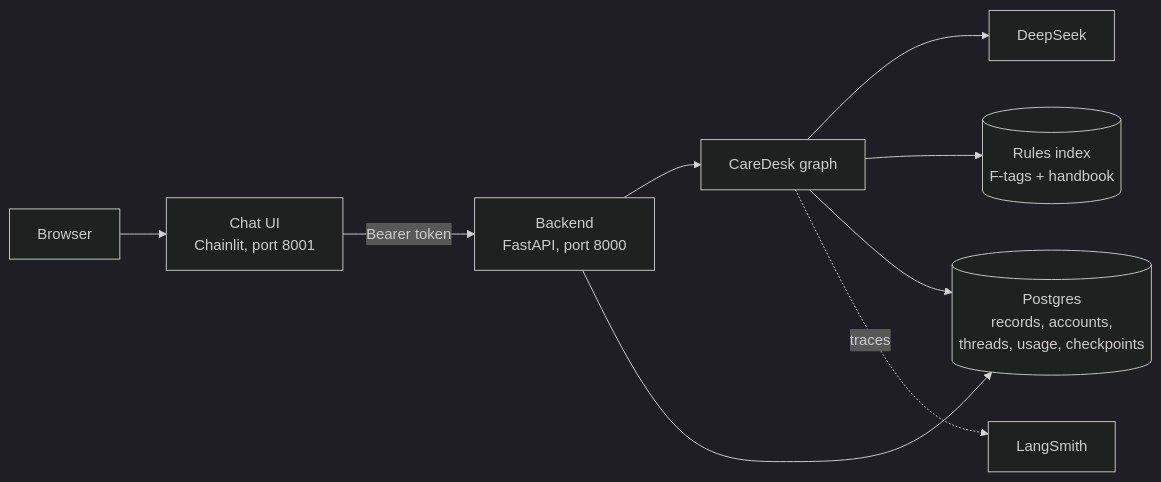
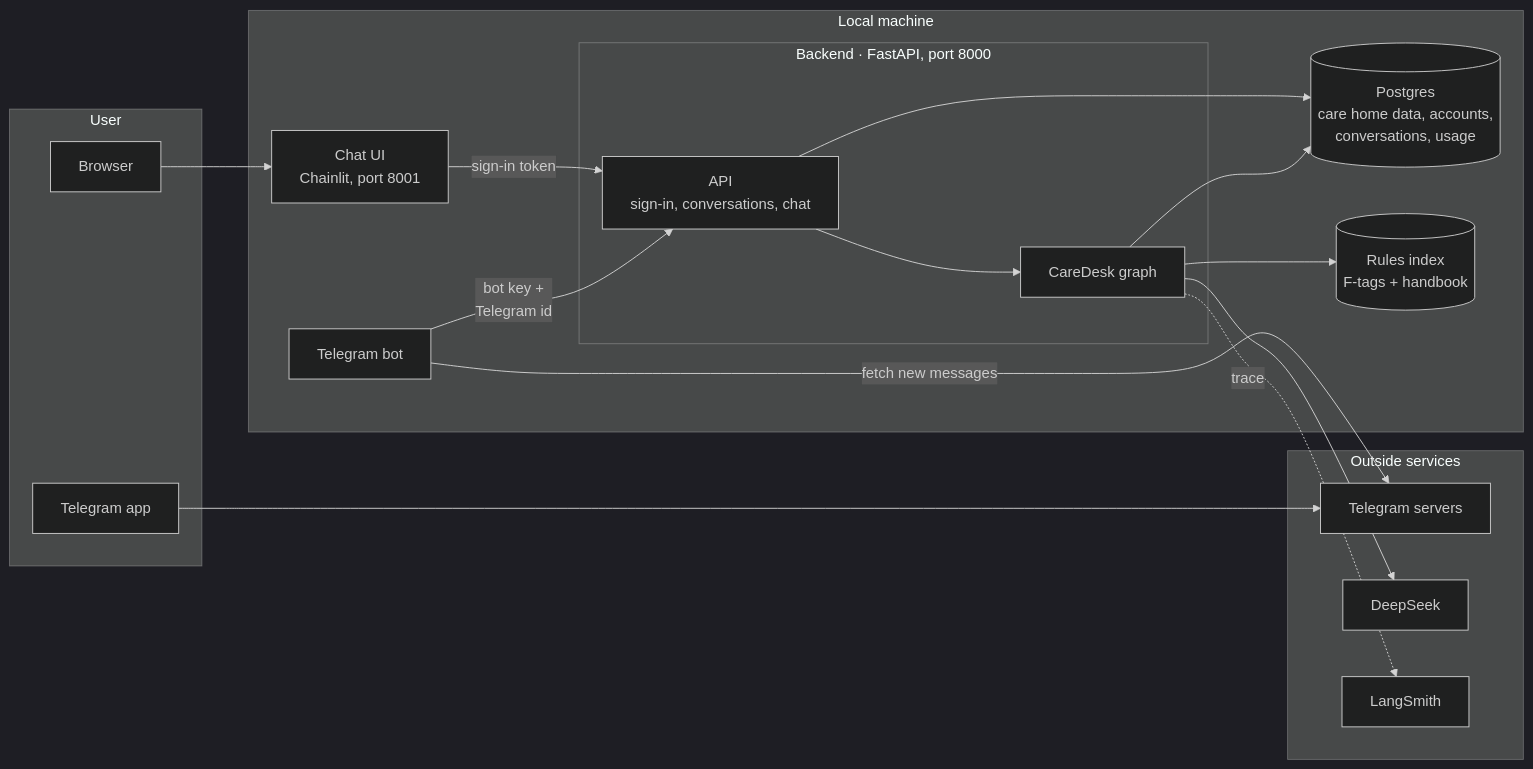
Before and after one commit to rozi-bb/caredesk: the first of 2 diagrams in docs/architecture.md, drawn with Mermaid (dark theme). The commit also changed other lines of this file and 1 other file, not shown here.

Commit message:
Perbarui diagram overview arsitektur dan tambah versi Indonesia
Diagram di architecture.md belum menampilkan Telegram. Sekarang ada dua
pintu masuk (Chainlit dan bot Telegram), layanan luar, dan alur baca
lima langkah. architecture.id.md adalah terjemahannya; versi Inggris
yang berlaku kalau isinya berbeda.

````diff
--- a/docs/architecture.md
+++ b/docs/architecture.md
@@ -15,11 +17,36 @@
 ```mermaid
 flowchart LR
-    U["Browser"] --> C["Chat UI<br/>Chainlit, port 8001"]
-    C -->|"Bearer token"| B["Backend<br/>FastAPI, port 8000"]
-    B --> G["CareDesk graph"]
-    G --> M["DeepSeek"]
-    G --> V[("Rules index<br/>F-tags + handbook")]
-    B --> PG[("Postgres<br/>records, accounts,<br/>threads, usage, checkpoints")]
+    subgraph user["User"]
+        W["Browser"]
+        TG["Telegram app"]
+    end
+
+    subgraph local["Local machine"]
+        C["Chat UI<br/>Chainlit, port 8001"]
+        BOT["Telegram bot"]
+        subgraph be["Backend · FastAPI, port 8000"]
+            API["API<br/>sign-in, conversations, chat"]
+            G["CareDesk graph"]
+        end
+        PG[("Postgres<br/>care home data, accounts,<br/>conversations, usage")]
+        IDX[("Rules index<br/>F-tags + handbook")]
+    end
+
+    subgraph ext["Outside services"]
+        TS["Telegram servers"]
+        DS["DeepSeek"]
+        LS["LangSmith"]
+    end
+
+    W --> C
+    TG --> TS
+    BOT -->|"fetch new messages"| TS
+    C -->|"sign-in token"| API
+    BOT -->|"bot key +<br/>Telegram id"| API
+    API --> G
+    API --> PG
     G --> PG
-    G -. traces .-> L["LangSmith"]
+    G --> IDX
+    G --> DS
+    G -.->|"trace"| LS
 ```
````
